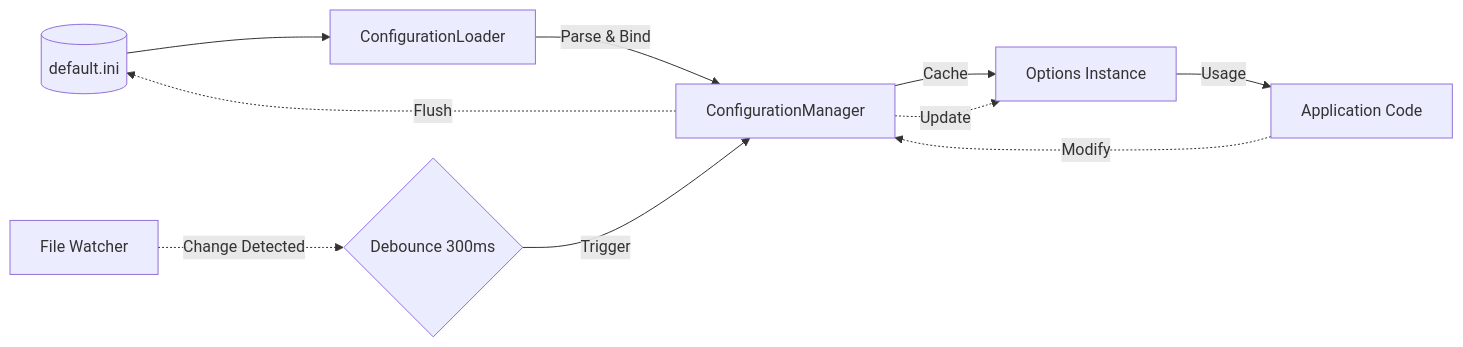
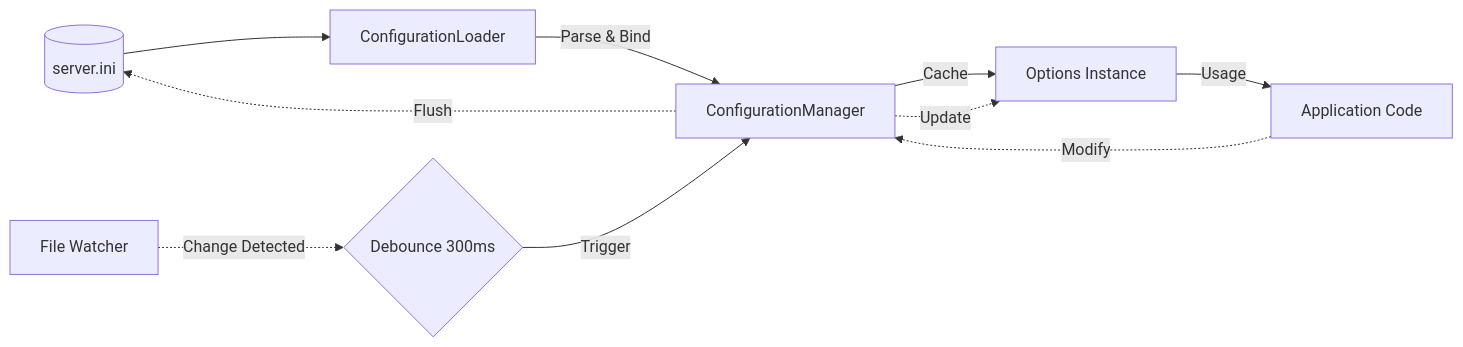
One commit to ppn-systems/Nalix changed the diagram in docs/api/environment/configuration.md. Above: the diagram before and after it, drawn with Mermaid. The commit also changed other lines of this file and 57 other files, not shown here.

````diff
--- a/docs/api/environment/configuration.md
+++ b/docs/api/environment/configuration.md
@@ -9,14 +9,14 @@
 ```mermaid
 flowchart LR
-    Disk[(default.ini)] --> Loader[ConfigurationLoader]
+    Disk[(server.ini)] --> Loader[ConfigurationLoader]
     Loader -->|Parse & Bind| Manager[ConfigurationManager]
     Manager -->|Cache| Instance[Options Instance]
     Instance -->|Usage| App[Application Code]
     
     Watcher[File Watcher] -.->|Change Detected| Debounce{Debounce 300ms}
     Debounce -->|Trigger| Manager
     Manager -.->|Update| Instance
     
     App -.->|Modify| Manager
     Manager -.->|Flush| Disk
 ```
````
